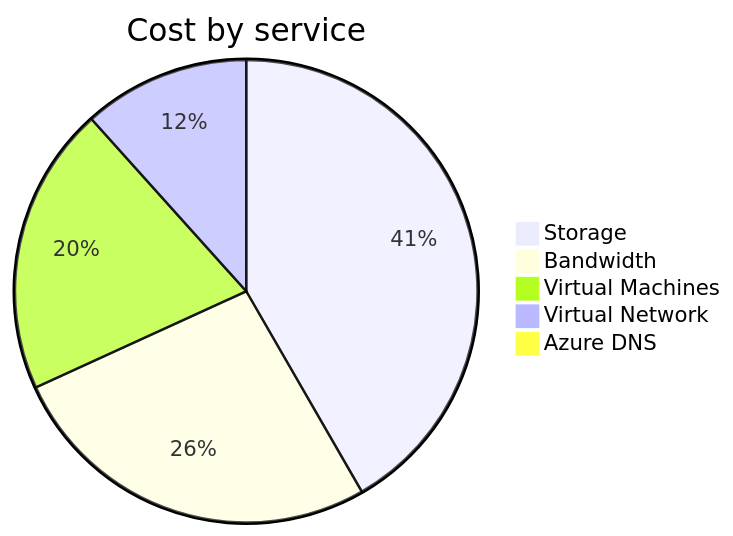
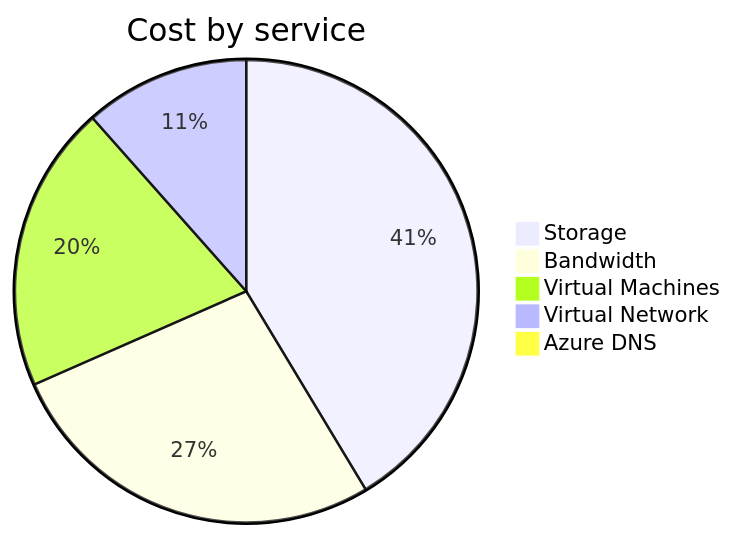
Before and after one commit to jpfulton/azure-personal-reports: the second of 4 diagrams in cost-reports/personal-network/README.md, drawn with Mermaid. The commit also changed other lines of this file and 8 other files, not shown here.

````diff
--- a/cost-reports/personal-network/README.md
+++ b/cost-reports/personal-network/README.md
@@ -99,9 +99,9 @@
 ```mermaid
 pie
    title Cost by service
-   "Storage" : 23.18
-   "Bandwidth" : 14.74
-   "Virtual Machines" : 11.22
-   "Virtual Network" : 6.48
-   "Azure DNS" : 0.43
+   "Storage" : 24.04
+   "Bandwidth" : 15.71
+   "Virtual Machines" : 11.65
+   "Virtual Network" : 6.71
+   "Azure DNS" : 0.45
 ```
````
